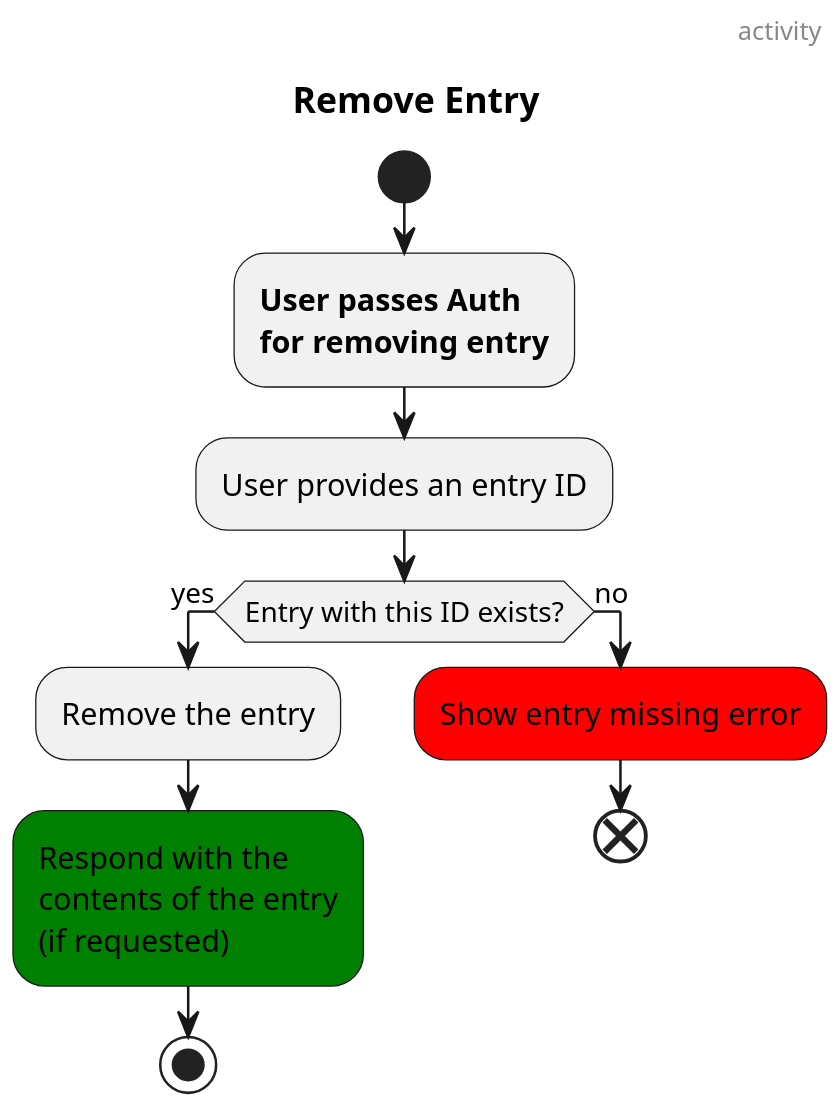
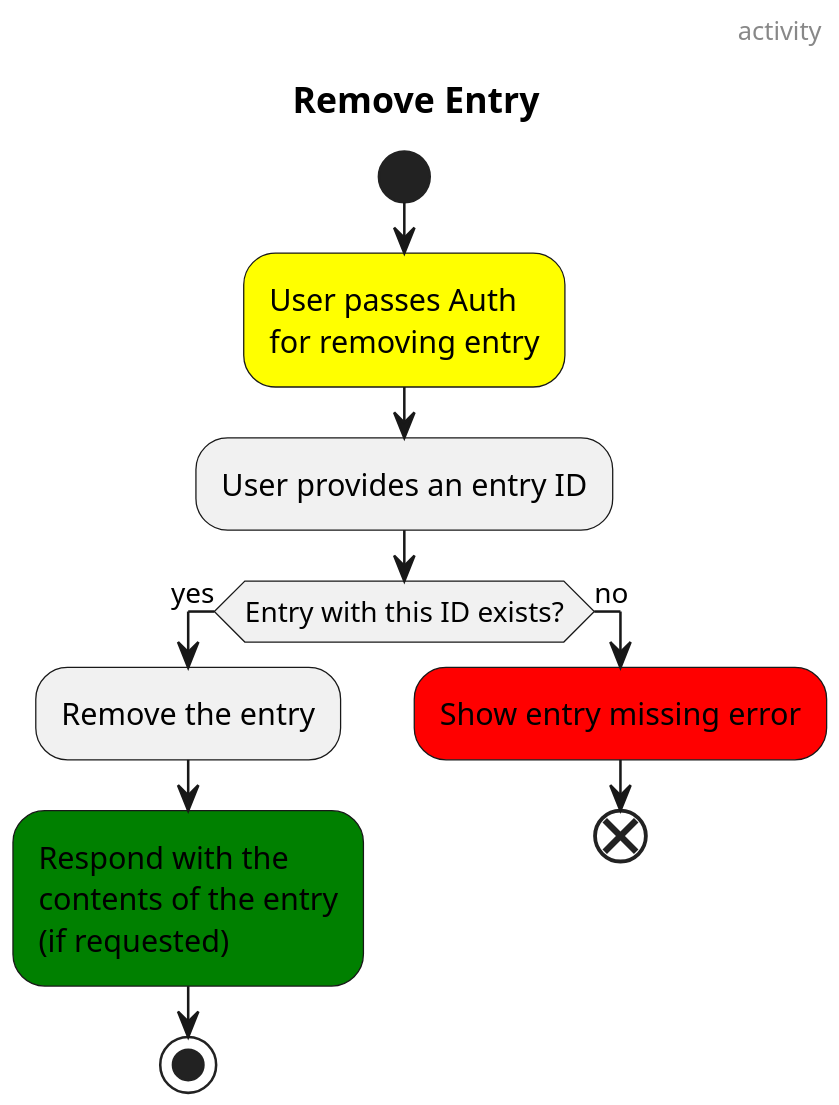
The diagram in docs/diagrams/remove-entry.activity.puml (xomiachuna/wallabago), drawn with PlantUML before and after one commit. The commit also changed 6 other files, not shown here.

Commit message:
docs: Add links between activity diagrams

```diff
--- a/docs/diagrams/remove-entry.activity.puml
+++ b/docs/diagrams/remove-entry.activity.puml
@@ -1,20 +1,19 @@
 @startuml remove-entry
 skinparam dpi 200
 header activity
 title Remove Entry
 
 start
-:**User passes Auth**
-**for removing entry**;
+[[auth.activity.svg]]#yellow:User passes Auth\nfor removing entry;
 :User provides an entry ID;
 if (Entry with this ID exists?) then (yes)
     :Remove the entry;
     #green:Respond with the 
     contents of the entry
     (if requested);
     stop
 else (no)
     #red:Show entry missing error;
     end
 endif
 @enduml
```
